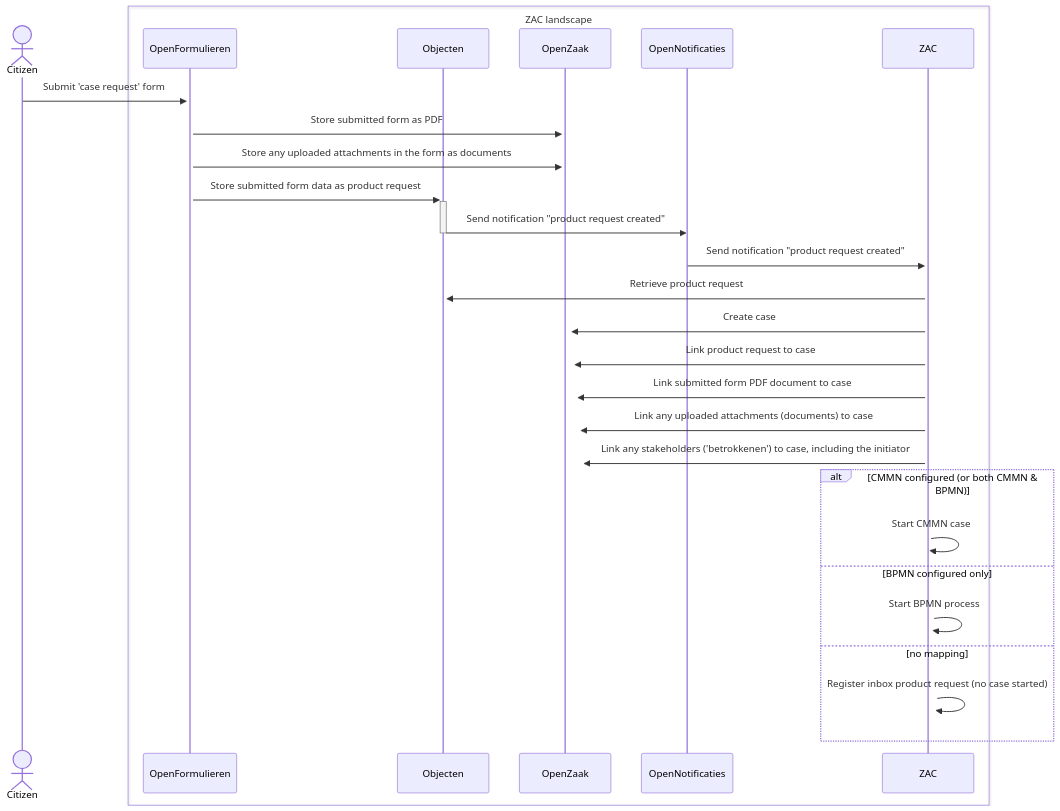
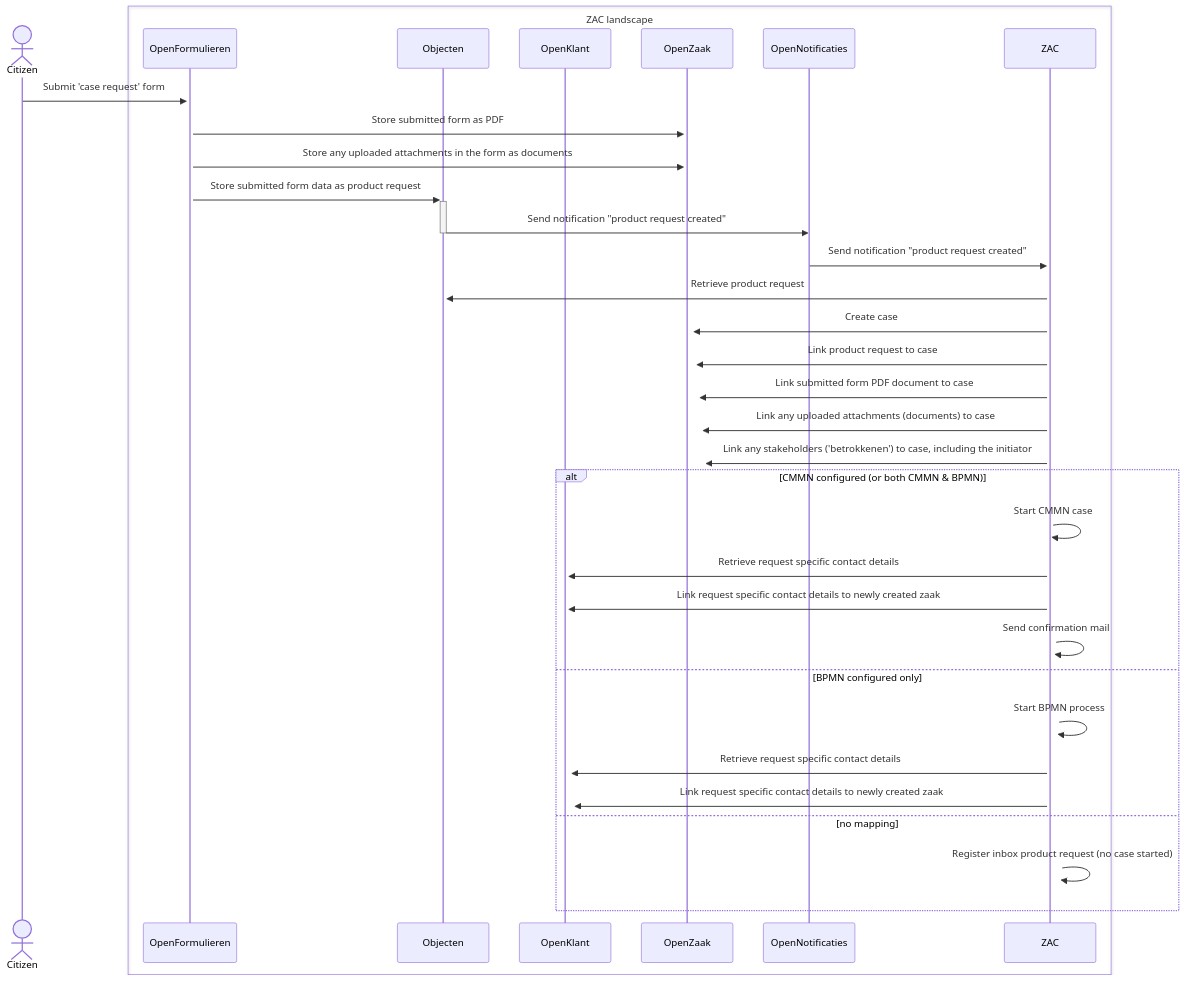
The diagram in docs/solution-architecture/productRequestSupport.md (infonl/dimpact-zaakafhandelcomponent), drawn with Mermaid before and after one commit. The commit also changed other lines of this file, not shown here.

Commit message:
chore: PZ-10640 Update documentation (#5628)
Updated documentation with:
- New link to Open Klant
- Description on how ZAC requests the request specific email address
- Explains that ZAC links the request specific email address to the
newly created zaak

Solves [PZ-10640]

````diff
--- a/docs/solution-architecture/productRequestSupport.md
+++ b/docs/solution-architecture/productRequestSupport.md
@@ -44,31 +49,37 @@
 ```mermaid
 sequenceDiagram
     actor Citizen
     box ZAC landscape
     participant OpenFormulieren
     participant Objecten
+    participant OpenKlant
     participant OpenZaak
     participant OpenNotificaties
     participant ZAC
     end
 
     Citizen->>+OpenFormulieren: Submit 'case request' form
     OpenFormulieren->>+OpenZaak: Store submitted form as PDF
     OpenFormulieren->>+OpenZaak: Store any uploaded attachments in the form as documents
     OpenFormulieren->>+Objecten: Store submitted form data as product request
     Objecten->>-OpenNotificaties: Send notification "product request created"
     OpenNotificaties->>+ZAC: Send notification "product request created"
     ZAC->>+Objecten: Retrieve product request
     ZAC->>+OpenZaak: Create case
     ZAC->>+OpenZaak: Link product request to case
     ZAC->>+OpenZaak: Link submitted form PDF document to case
     ZAC->>+OpenZaak: Link any uploaded attachments (documents) to case
     ZAC->>+OpenZaak: Link any stakeholders ('betrokkenen') to case, including the initiator
     alt CMMN configured (or both CMMN & BPMN)
         ZAC->>+ZAC: Start CMMN case
+        ZAC->>+OpenKlant: Retrieve request specific contact details
+        ZAC->>+OpenKlant: Link request specific contact details to newly created zaak
+        ZAC->>+ZAC: Send confirmation mail
     else BPMN configured only
         ZAC->>+ZAC: Start BPMN process
+        ZAC->>+OpenKlant: Retrieve request specific contact details
+        ZAC->>+OpenKlant: Link request specific contact details to newly created zaak
     else no mapping
         ZAC->>+ZAC: Register inbox product request (no case started)
     end
 ```
````
